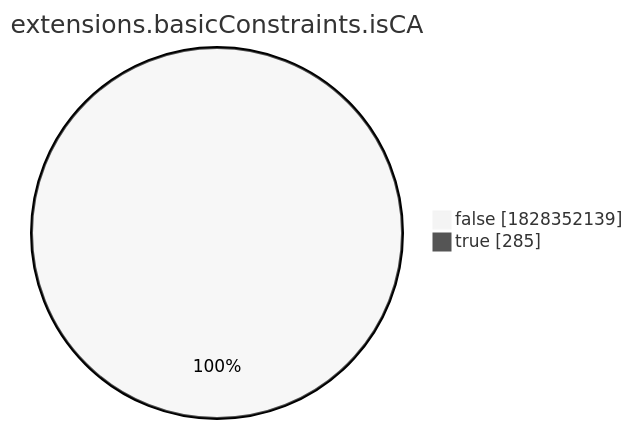
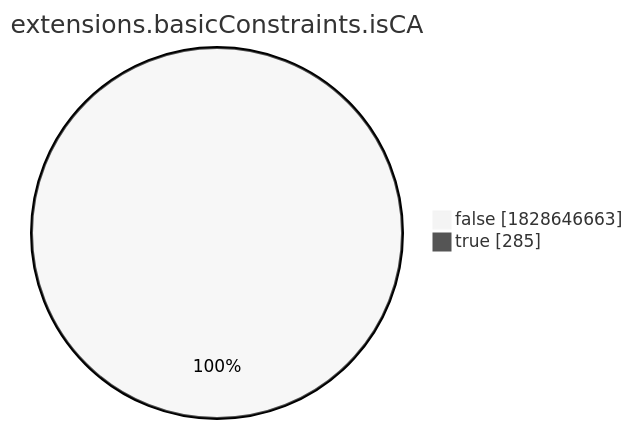
Before and after one commit to christiankrug/ctmonitor_visualization: the eighth of 15 diagrams in xenon2022/README.md, drawn with Mermaid (neutral theme). The commit also changed other lines of this file, not shown here.

````diff
--- a/xenon2022/README.md
+++ b/xenon2022/README.md
@@ -2868,6 +2868,6 @@
 ```mermaid
 pie showData
 title extensions.basicConstraints.isCA
-"false" :1828352139
+"false" :1828646663
 "true" :285
 ```
````
